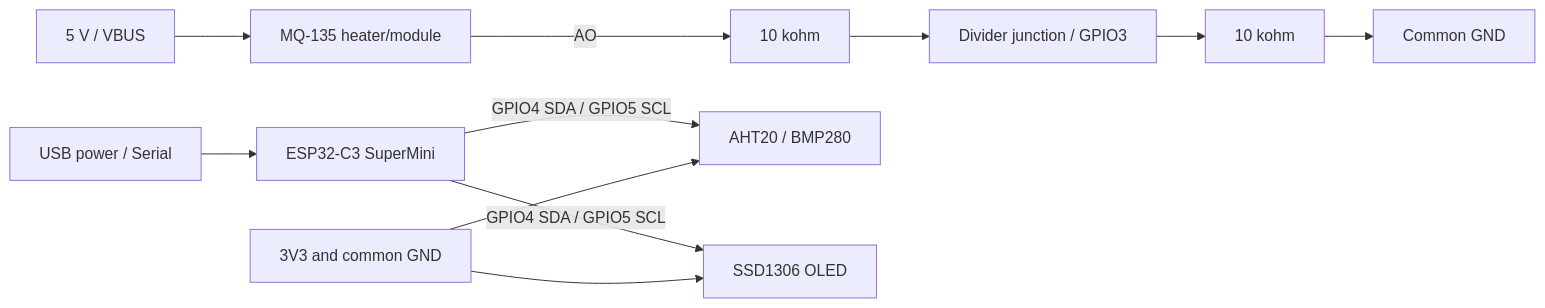
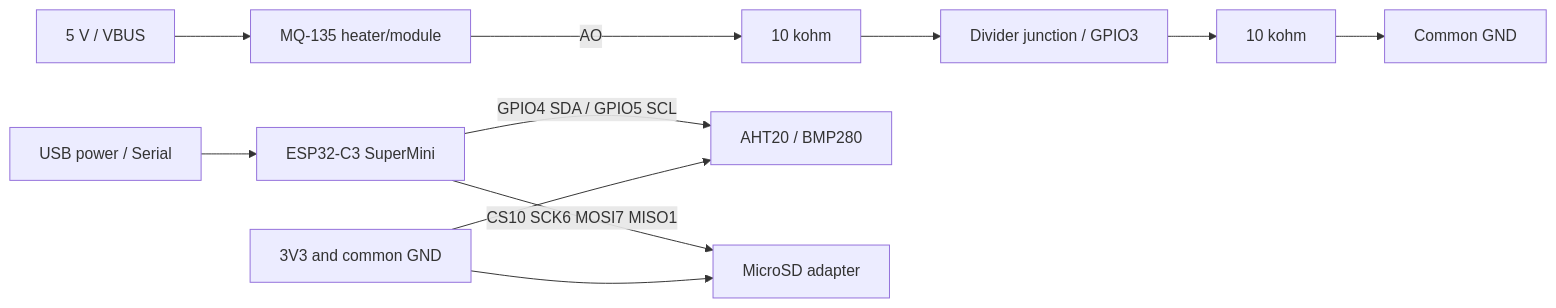
One commit to andogrns/iot-coop-monitor changed the diagram in firmware/coop_monitor/WIRING.md. Above: the diagram before and after it, drawn with Mermaid. The commit also changed other lines of this file and 45 other files, not shown here.

````diff
--- a/firmware/coop_monitor/WIRING.md
+++ b/firmware/coop_monitor/WIRING.md
@@ -18,13 +20,13 @@
 ```mermaid
 flowchart LR
   USB[USB power / Serial] --> ESP[ESP32-C3 SuperMini]
   VBUS[5 V / VBUS] --> MQ[MQ-135 heater/module]
   MQ -->|AO| R1[10 kohm]
   R1 --> ADC[Divider junction / GPIO3]
   ADC --> R2[10 kohm]
   R2 --> GND[Common GND]
   ESP -->|GPIO4 SDA / GPIO5 SCL| COMBO[AHT20 / BMP280]
-  ESP -->|GPIO4 SDA / GPIO5 SCL| OLED[SSD1306 OLED]
+  ESP -->|CS10 SCK6 MOSI7 MISO1| SD[MicroSD adapter]
   PWR[3V3 and common GND] --> COMBO
-  PWR --> OLED
+  PWR --> SD
 ```
````
